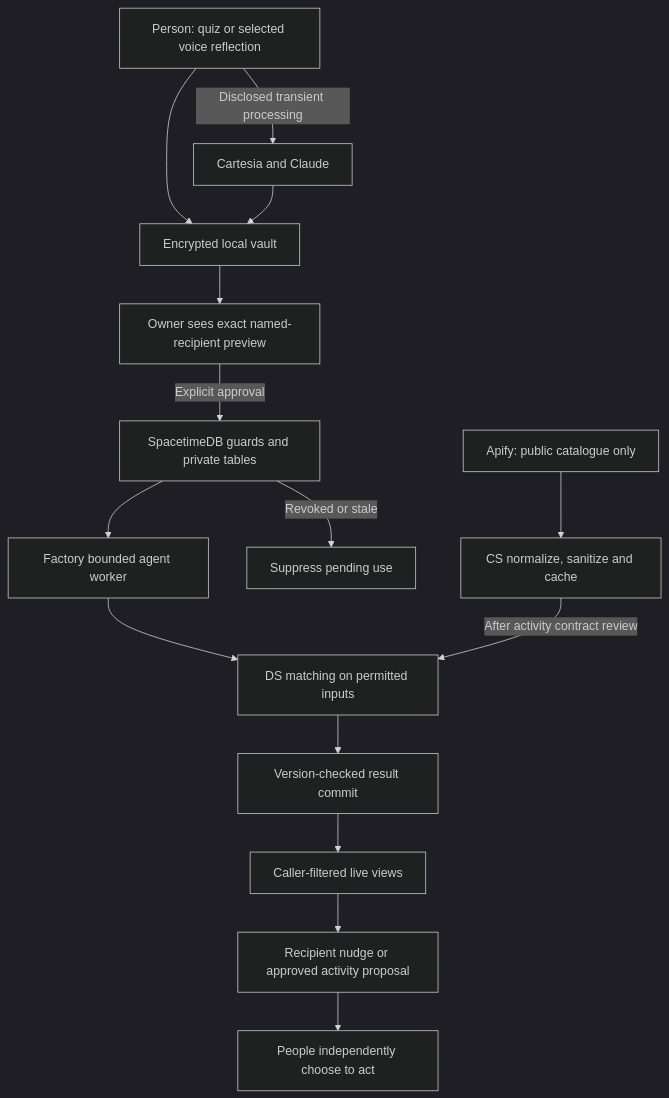
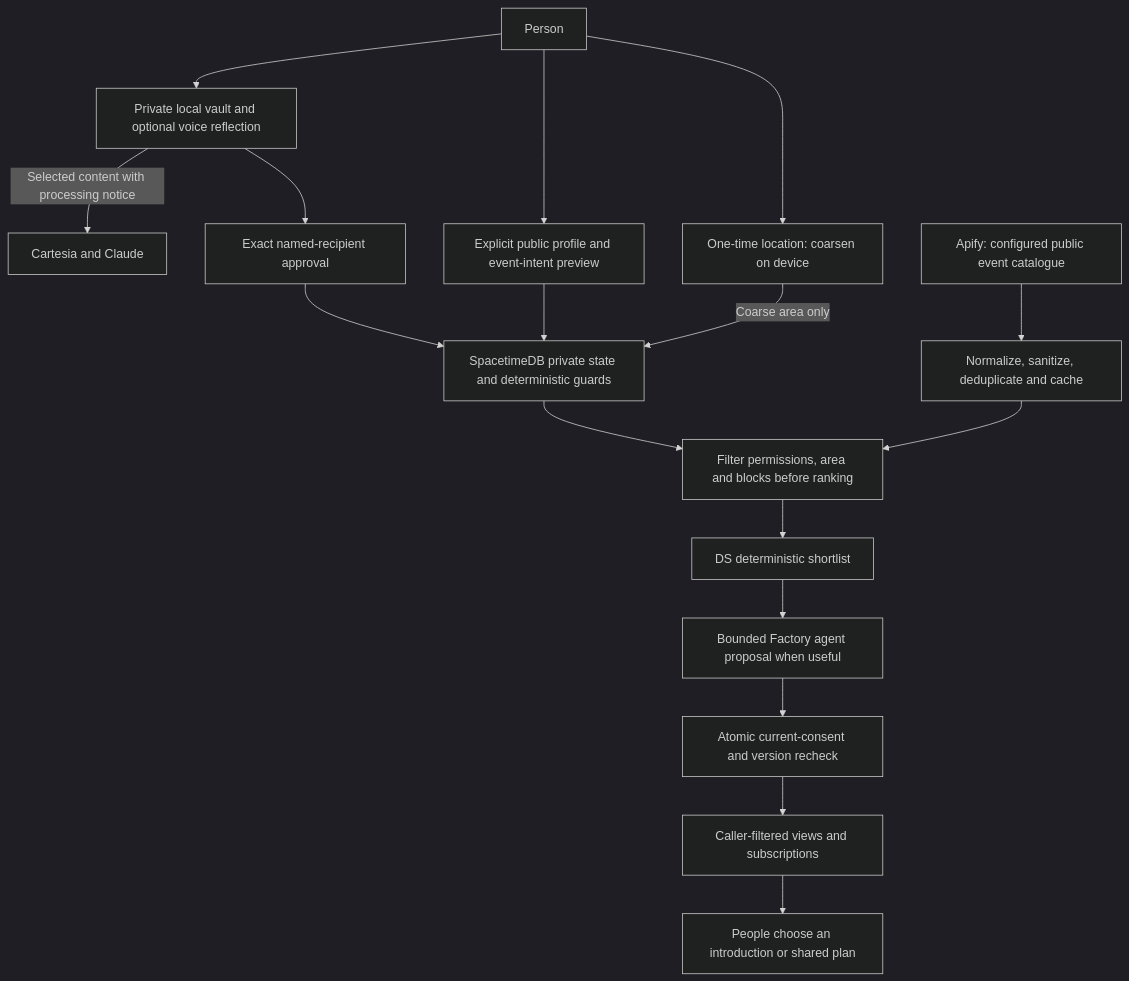
One commit to rishibagri/dor-calhacks changed the diagram in README.md. Above: the diagram before and after it, drawn with Mermaid (dark theme). The commit also changed other lines of this file and 29 other files, not shown here.

Commit message:
docs: reset Kinetic roadmap around human connections and merged progress

````diff
--- a/README.md
+++ b/README.md
@@ -49,17 +53,19 @@
 ```mermaid
 flowchart TD
-  U[Person: quiz or selected voice reflection] --> V[Encrypted local vault]
-  U -->|Disclosed transient processing| P[Cartesia and Claude]
-  P --> V
-  V --> R[Owner sees exact named-recipient preview]
-  R -->|Explicit approval| G[SpacetimeDB guards and private tables]
-  G --> W[Factory bounded agent worker]
-  W --> M[DS matching on permitted inputs]
-  A[Apify: public catalogue only] --> C[CS normalize, sanitize and cache]
-  C -->|After activity contract review| M
-  M --> X[Version-checked result commit]
-  X --> L[Caller-filtered live views]
-  L --> N[Recipient nudge or approved activity proposal]
-  N --> B[People independently choose to act]
-  G -->|Revoked or stale| S[Suppress pending use]
+  U[Person] --> V[Private local vault and optional voice reflection]
+  V -->|Selected content with processing notice| P[Cartesia and Claude]
+  V --> E[Exact named-recipient approval]
+  U --> D[Explicit public profile and event-intent preview]
+  U --> L[One-time location: coarsen on device]
+  E --> S[SpacetimeDB private state and deterministic guards]
+  D --> S
+  L -->|Coarse area only| S
+  A[Apify: configured public event catalogue] --> C[Normalize, sanitize, deduplicate and cache]
+  S --> F[Filter permissions, area and blocks before ranking]
+  C --> F
+  F --> R[DS deterministic shortlist]
+  R --> W[Bounded Factory agent proposal when useful]
+  W --> G[Atomic current-consent and version recheck]
+  G --> H[Caller-filtered views and subscriptions]
+  H --> I[People choose an introduction or shared plan]
 ```
````
